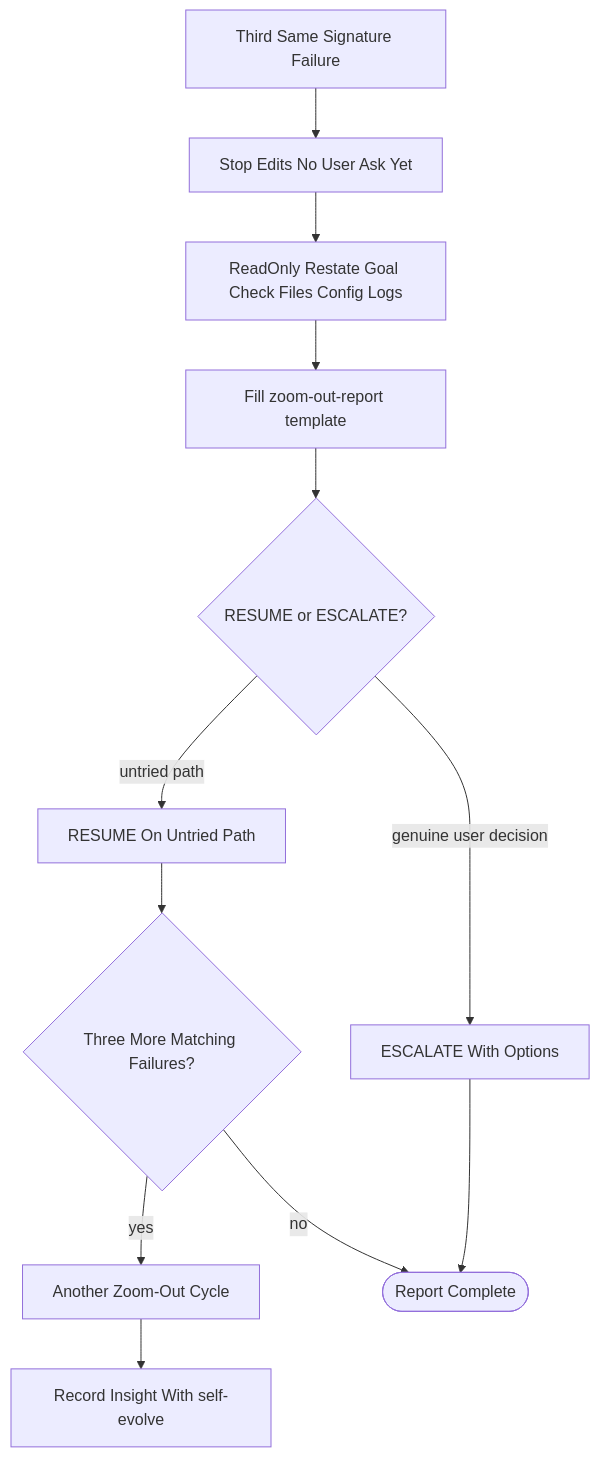
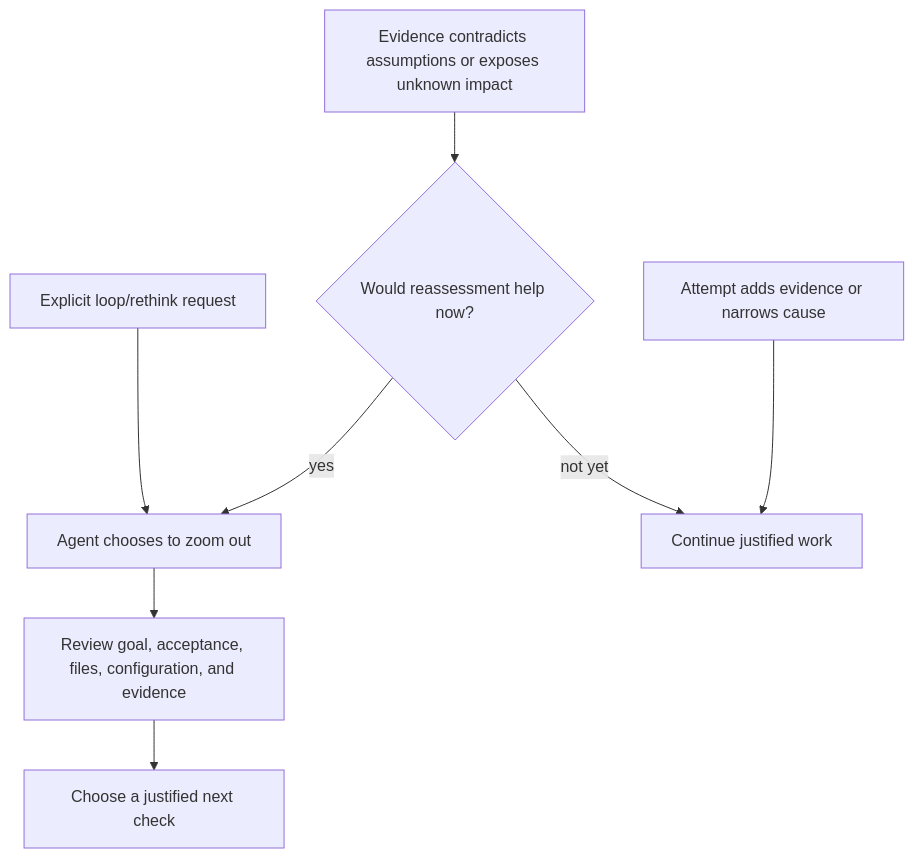
The first of 3 diagrams in docs/workflows/zoom-out.md (dyphn1/Harness-everything), drawn with Mermaid before and after one commit. The commit also changed other lines of this file and 17 other files, not shown here.

First line of the commit message:
docs(zoom-out): describe agent-initiated zoom-out in active docs

````diff
--- a/docs/workflows/zoom-out.md
+++ b/docs/workflows/zoom-out.md
@@ -11,14 +11,10 @@
 ```mermaid
 graph TD
-  Third[Third Same Signature Failure] --> Stop[Stop Edits No User Ask Yet]
-  Stop --> ReadOnly[ReadOnly Restate Goal Check Files Config Logs]
-  ReadOnly --> Fill[Fill zoom-out-report template]
-  Fill --> Decide{RESUME or ESCALATE?}
-  Decide -->|untried path| Resume[RESUME On Untried Path]
-  Decide -->|genuine user decision| Escalate[ESCALATE With Options]
-  Resume --> Again{Three More Matching Failures?}
-  Again -->|yes| Cycle[Another Zoom-Out Cycle]
-  Cycle --> Evolve[Record Insight With self-evolve]
-  Again -->|no| Done([Report Complete])
-  Escalate --> Done
+  Signal[Evidence contradicts assumptions or exposes unknown impact] --> Choose{Would reassessment help now?}
+  Request[Explicit loop/rethink request] --> Reassess[Agent chooses to zoom out]
+  Choose -->|yes| Reassess
+  Choose -->|not yet| Continue[Continue justified work]
+  Productive[Attempt adds evidence or narrows cause] --> Continue
+  Reassess --> ReadOnly[Review goal, acceptance, files, configuration, and evidence]
+  ReadOnly --> Next[Choose a justified next check]
 ```
````
